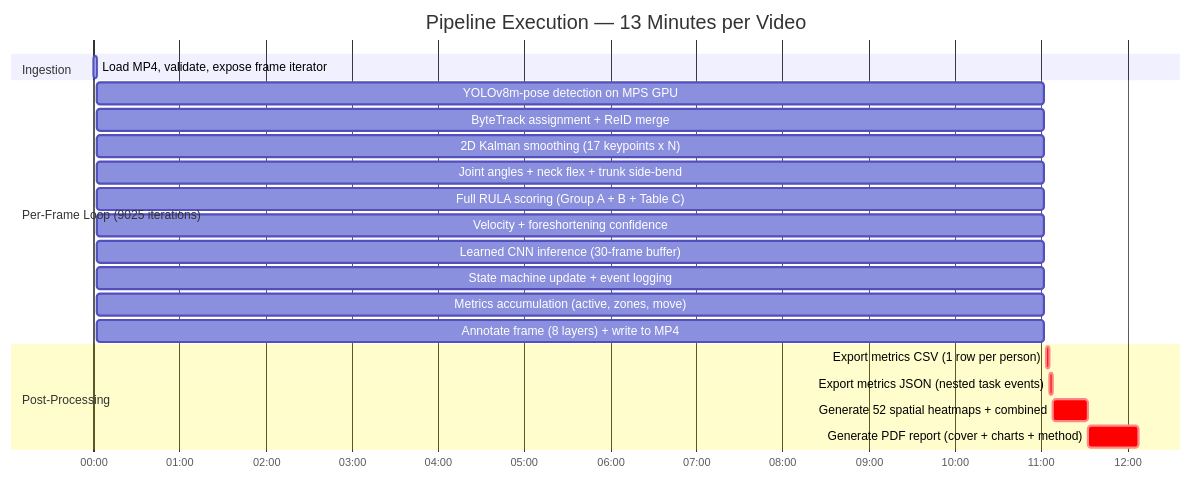
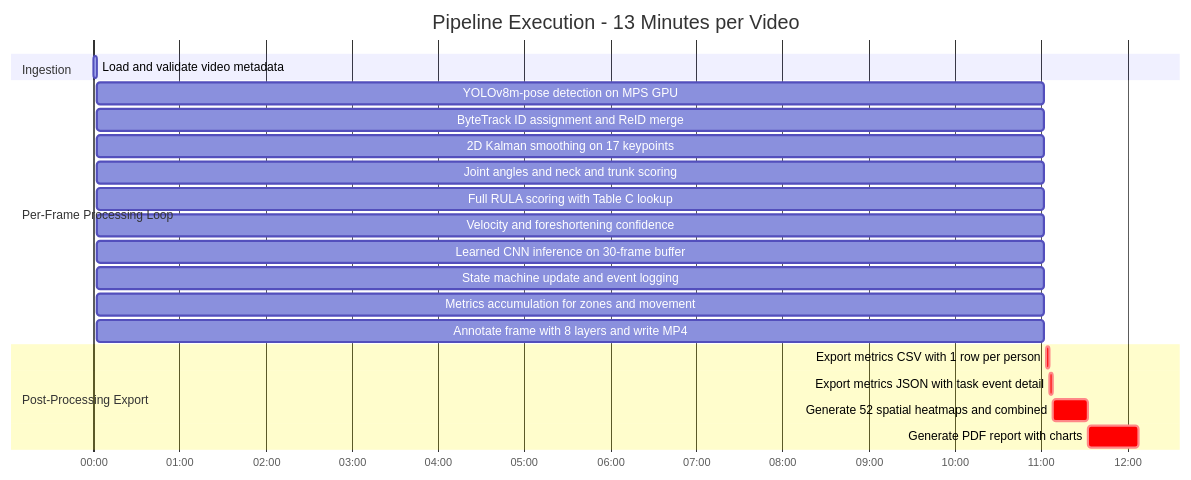
The second of 4 diagrams in README.md (nourdesoukizz/factory-biomechanics-tracker), drawn with Mermaid before and after one commit. The commit also changed other lines of this file, not shown here.

First line of the commit message:
Fix Mermaid chart syntax, add limitations section, and clean up roadmap

````diff
--- a/README.md
+++ b/README.md
@@ -91,28 +91,28 @@
 ```mermaid
 gantt
-    title Pipeline Execution — 13 Minutes per Video
+    title Pipeline Execution - 13 Minutes per Video
     dateFormat mm:ss
     axisFormat %M:%S
     todayMarker off
 
     section Ingestion
-    Load MP4, validate, expose frame iterator    :active, p1, 00:00, 2s
+    Load and validate video metadata              :active, p1, 00:00, 2s
 
-    section Per-Frame Loop (9025 iterations)
-    YOLOv8m-pose detection on MPS GPU            :p2a, 00:02, 11m
-    ByteTrack assignment + ReID merge            :p2b, 00:02, 11m
-    2D Kalman smoothing (17 keypoints x N)       :p2c, 00:02, 11m
-    Joint angles + neck flex + trunk side-bend   :p3a, 00:02, 11m
-    Full RULA scoring (Group A + B + Table C)    :p3b, 00:02, 11m
-    Velocity + foreshortening confidence         :p3c, 00:02, 11m
-    Learned CNN inference (30-frame buffer)      :p4a, 00:02, 11m
-    State machine update + event logging         :p4b, 00:02, 11m
-    Metrics accumulation (active, zones, move)   :p5, 00:02, 11m
-    Annotate frame (8 layers) + write to MP4     :p6, 00:02, 11m
+    section Per-Frame Processing Loop
+    YOLOv8m-pose detection on MPS GPU             :p2a, 00:02, 11m
+    ByteTrack ID assignment and ReID merge        :p2b, 00:02, 11m
+    2D Kalman smoothing on 17 keypoints           :p2c, 00:02, 11m
+    Joint angles and neck and trunk scoring       :p3a, 00:02, 11m
+    Full RULA scoring with Table C lookup         :p3b, 00:02, 11m
+    Velocity and foreshortening confidence        :p3c, 00:02, 11m
+    Learned CNN inference on 30-frame buffer      :p4a, 00:02, 11m
+    State machine update and event logging        :p4b, 00:02, 11m
+    Metrics accumulation for zones and movement   :p5, 00:02, 11m
+    Annotate frame with 8 layers and write MP4    :p6, 00:02, 11m
 
-    section Post-Processing
-    Export metrics CSV (1 row per person)         :crit, p7a, 11:04, 2s
-    Export metrics JSON (nested task events)      :crit, p7b, after p7a, 2s
-    Generate 52 spatial heatmaps + combined      :crit, p7c, after p7b, 25s
-    Generate PDF report (cover + charts + method):crit, p7d, after p7c, 35s
+    section Post-Processing Export
+    Export metrics CSV with 1 row per person       :crit, p7a, 11:04, 2s
+    Export metrics JSON with task event detail     :crit, p7b, after p7a, 2s
+    Generate 52 spatial heatmaps and combined     :crit, p7c, after p7b, 25s
+    Generate PDF report with charts               :crit, p7d, after p7c, 35s
 ```
````
